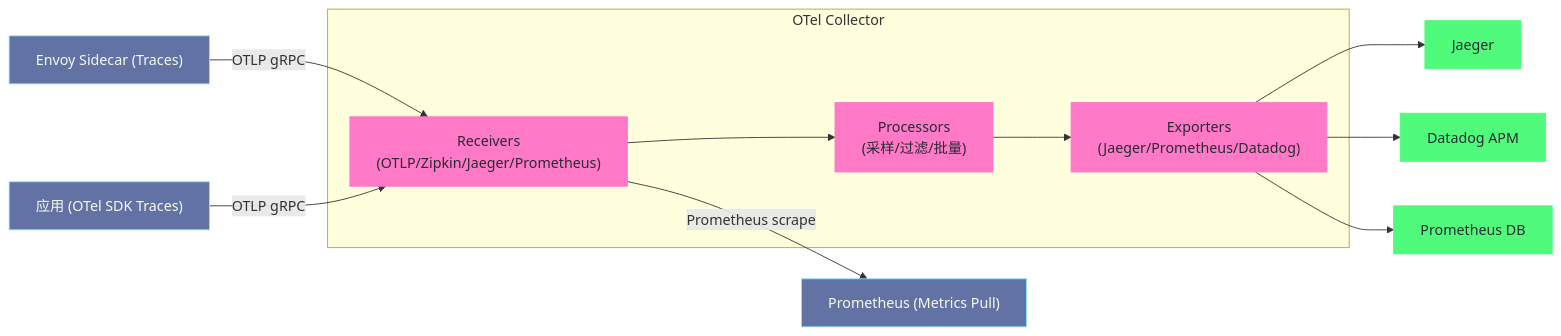
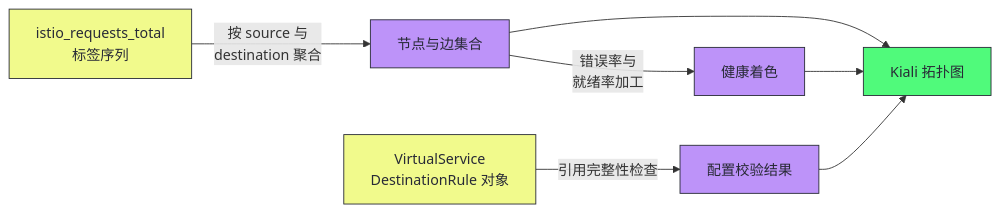
One commit to hpliStartAgain/my-brain changed the third of 3 diagrams in content/云原生/服务网格/06 可观测性——分布式追踪、指标与访问日志.md. Above: the diagram before and after it, drawn with Mermaid. The commit also changed other lines of this file and 47 other files, not shown here.

````diff
--- a/content/云原生/服务网格/06 可观测性——分布式追踪、指标与访问日志.md
+++ b/content/云原生/服务网格/06 可观测性——分布式追踪、指标与访问日志.md
@@ -494,33 +358,17 @@
 ```mermaid
 %%{init: {'theme': 'dracula'}}%%
-graph LR
-    classDef source fill:#6272a4,stroke:#8be9fd,color:#f8f8f2
-    classDef collector fill:#ff79c6,stroke:#ff79c6,color:#282a36
-    classDef backend fill:#50fa7b,stroke:#50fa7b,color:#282a36
+flowchart LR
+    A["istio_requests_total<br/>标签序列"] -->|"按 source 与<br/>destination 聚合"| B["节点与边集合"]
+    B -->|"错误率与<br/>就绪率加工"| C["健康着色"]
+    D["VirtualService<br/>DestinationRule 对象"] -->|"引用完整性检查"| E["配置校验结果"]
+    B --> F["Kiali 拓扑图"]
+    C --> F
+    E --> F
 
-    Envoy["Envoy Sidecar (Traces)"]
-    App["应用 (OTel SDK Traces)"]
-    Prometheus["Prometheus (Metrics Pull)"]
-
-    subgraph "OTel Collector"
-        Receiver["Receivers</br>(OTLP/Zipkin/Jaeger/Prometheus)"]
-        Processor["Processors</br>(采样/过滤/批量)"]
-        Exporter["Exporters</br>(Jaeger/Prometheus/Datadog)"]
-        Receiver --> Processor --> Exporter
-    end
-
-    Jaeger["Jaeger"]
-    DatadogAPM["Datadog APM"]
-    PromDB["Prometheus DB"]
-
-    Envoy -->|"OTLP gRPC"| Receiver
-    App -->|"OTLP gRPC"| Receiver
-    Receiver -->|"Prometheus scrape"| Prometheus
-    Exporter --> Jaeger
-    Exporter --> DatadogAPM
-    Exporter --> PromDB
-
-    class Envoy,App,Prometheus source
-    class Receiver,Processor,Exporter collector
-    class Jaeger,DatadogAPM,PromDB backend
+    classDef src fill:#f1fa8c,stroke:#282a36,color:#282a36
+    classDef mid fill:#bd93f9,stroke:#282a36,color:#282a36
+    classDef sink fill:#50fa7b,stroke:#282a36,color:#282a36
+    class A,D src
+    class B,C,E mid
+    class F sink
 ```
````
